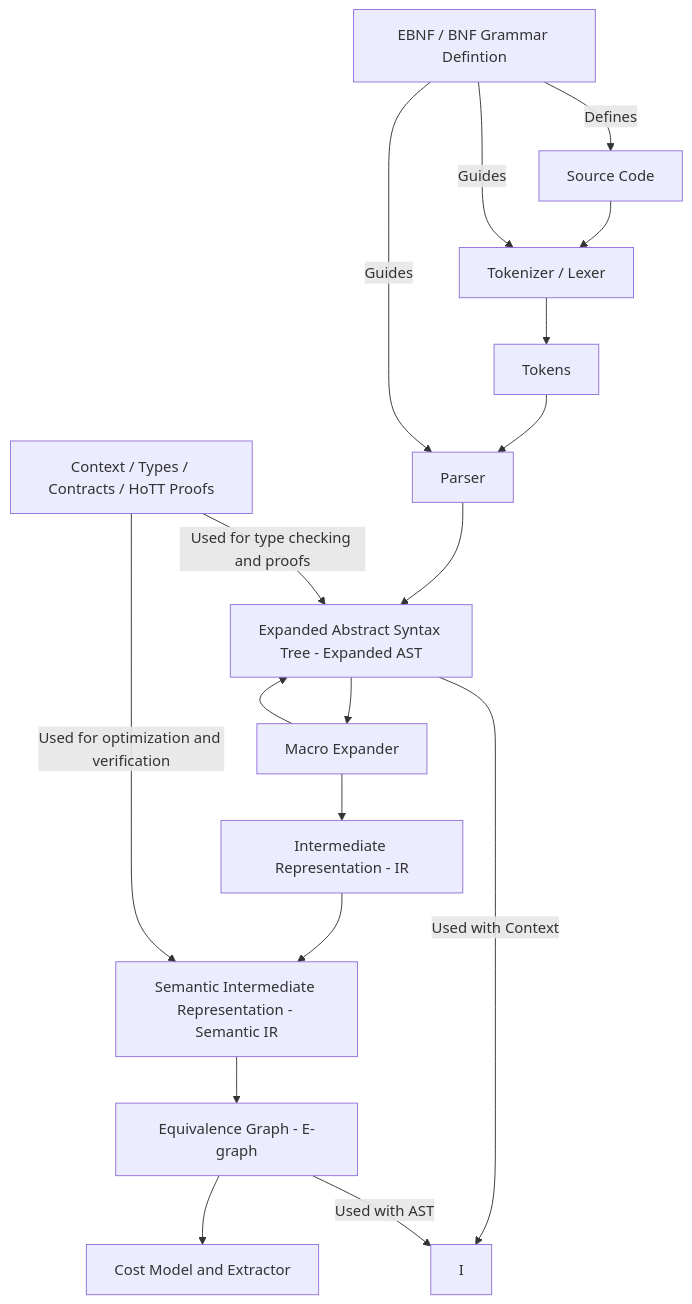
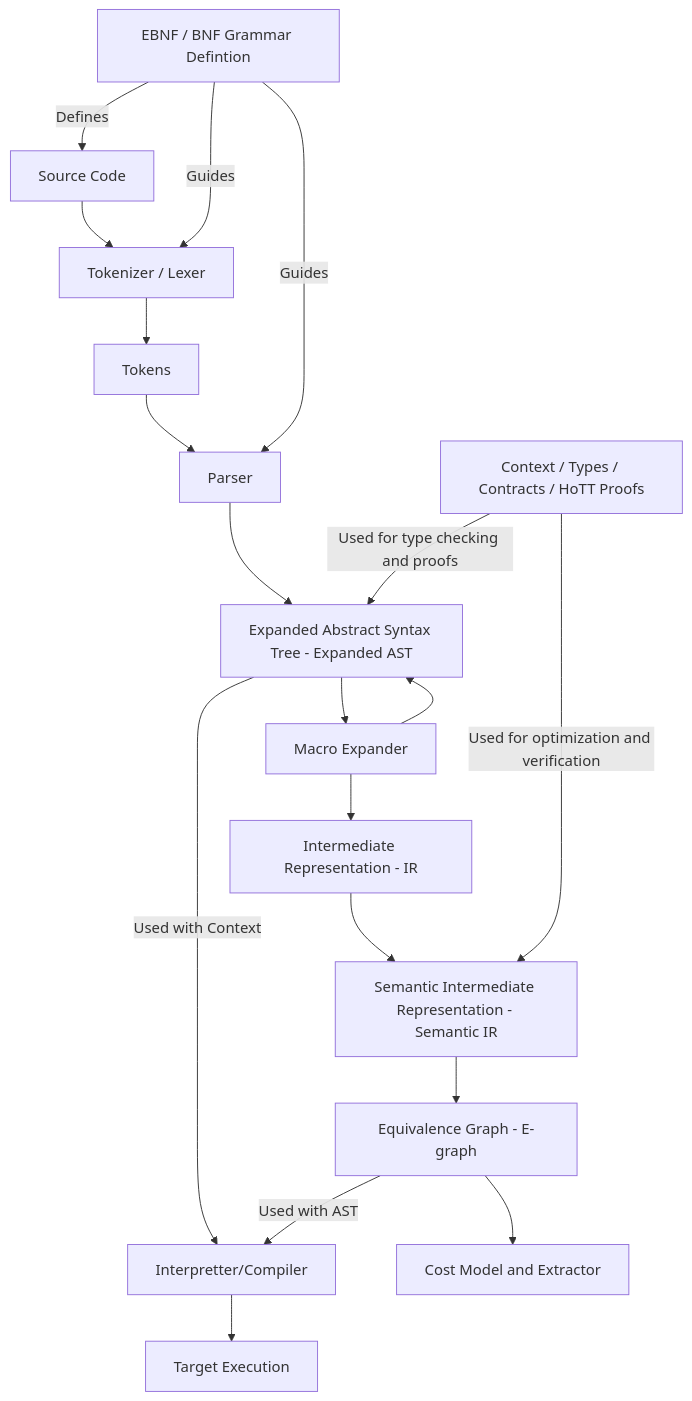
One commit to tbrumbaugh5396/my-amazing-programming-language changed the diagram in compiler.md. Above: the diagram before and after it, drawn with Mermaid.

````diff
--- a/compiler.md
+++ b/compiler.md
@@ -1,23 +1,24 @@
 ```mermaid
 
 graph TD
     A[Source Code] --> B[Tokenizer / Lexer]
     B --> C[Tokens]
     C --> D[Parser]
     D --> E[Expanded Abstract Syntax Tree - Expanded AST]
     E --> F[Macro Expander]
     F --> E
     G[EBNF / BNF Grammar Defintion] --> | Defines| A
     G --> | Guides | B
     G --> | Guides | D
     H[Context / Types / Contracts / HoTT Proofs] 
     H --> | Used for type checking and proofs | E
     E --> | Used with Context | I
     F --> J[Intermediate Representation - IR]
     J --> K[Semantic Intermediate Representation - Semantic IR]
     H --> | Used for optimization and verification | K
     K --> L[Equivalence Graph - E-graph]
     L --> M[Cost Model and Extractor]
-    L --> | Used with AST | I
+    L --> | Used with AST | I[Interpretter/Compiler]
+    I --> N[Target Execution]
 
 ```
````
